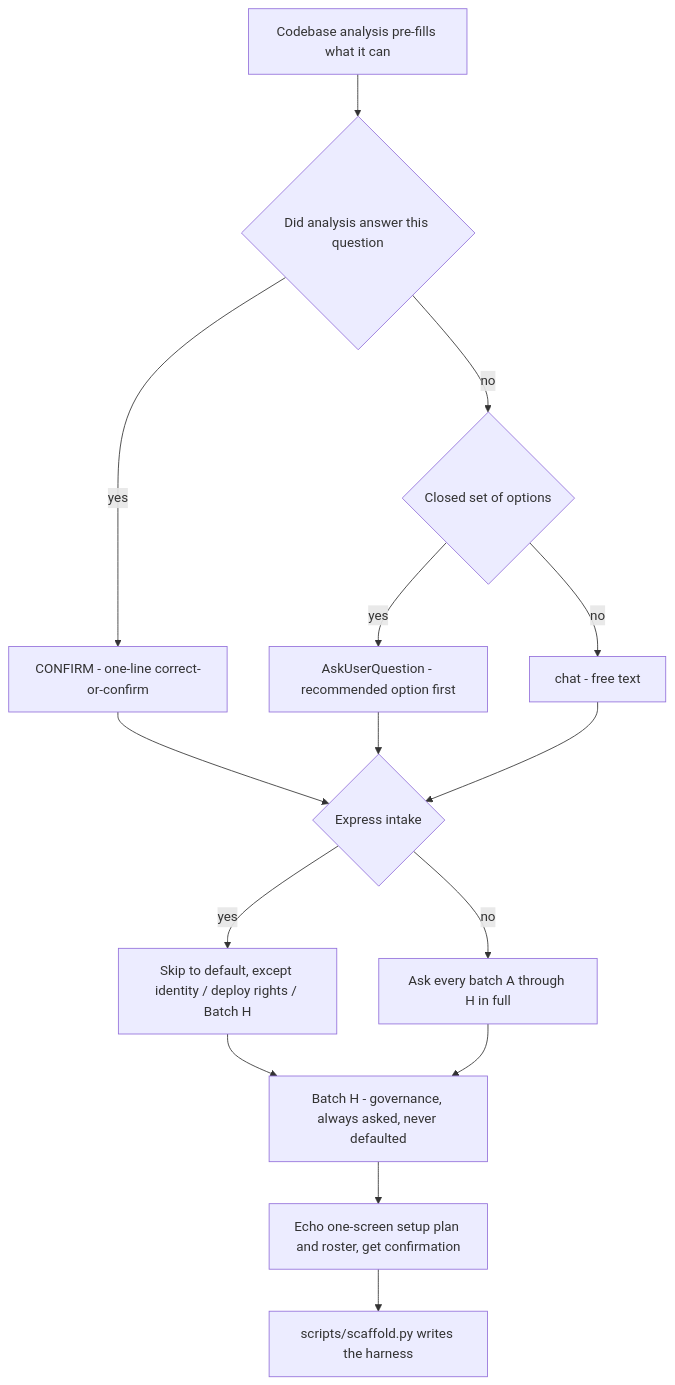
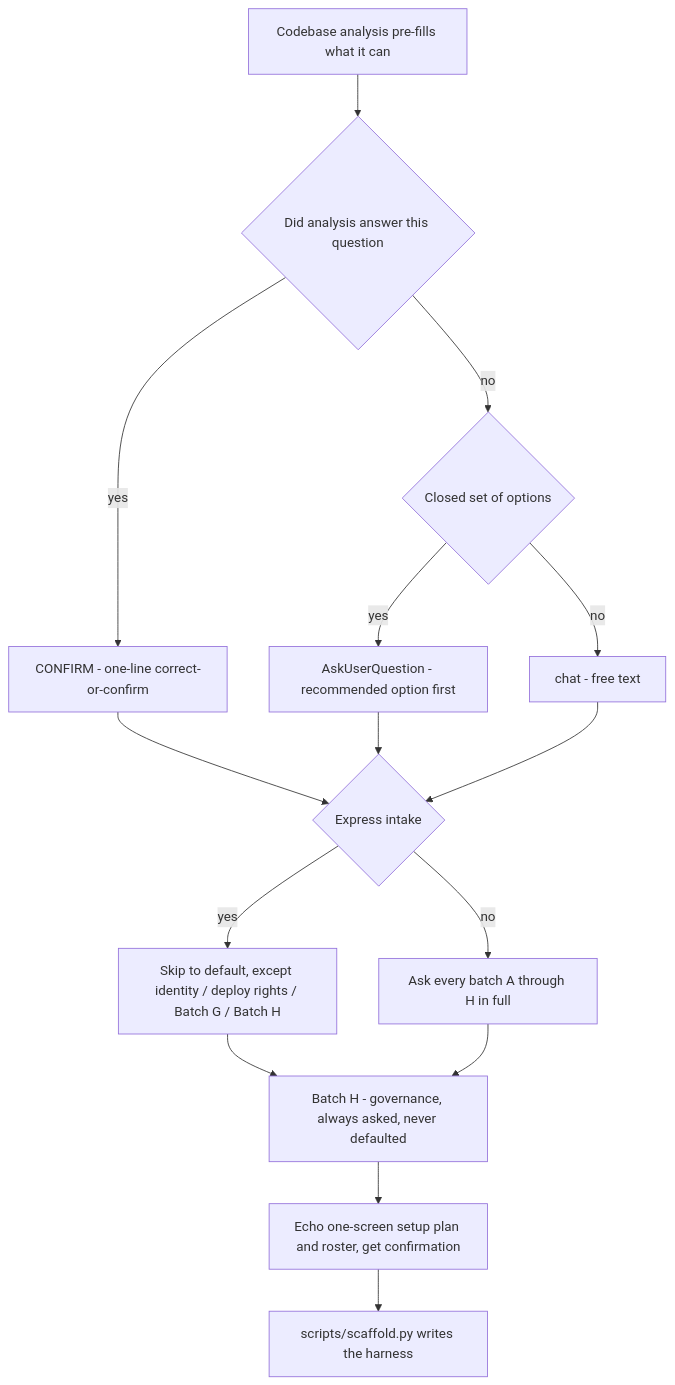
The first of 2 diagrams in docs/QUESTIONNAIRES.md (nguyenhx2/agent-harness-bootstrap), drawn with Mermaid before and after one commit. The commit also changed other lines of this file and 136 other files, not shown here.

First line of the commit message:
v1.8.0: fitted roster, harness graph and viewer, runtime toggles, selective specs (#3)

````diff
--- a/docs/QUESTIONNAIRES.md
+++ b/docs/QUESTIONNAIRES.md
@@ -19,17 +19,17 @@
 ```mermaid
 flowchart TD
     A["Codebase analysis pre-fills what it can"] --> B{"Did analysis answer this question"}
     B -->|"yes"| C["CONFIRM - one-line correct-or-confirm"]
     B -->|"no"| D{"Closed set of options"}
     D -->|"yes"| E["AskUserQuestion - recommended option first"]
     D -->|"no"| F["chat - free text"]
     C --> G{"Express intake"}
     E --> G
     F --> G
-    G -->|"yes"| H["Skip to default, except identity / deploy rights / Batch H"]
+    G -->|"yes"| H["Skip to default, except identity / deploy rights / Batch G / Batch H"]
     G -->|"no"| I["Ask every batch A through H in full"]
     H --> J["Batch H - governance, always asked, never defaulted"]
     I --> J
     J --> K["Echo one-screen setup plan and roster, get confirmation"]
     K --> L["scripts/scaffold.py writes the harness"]
 ```
````
